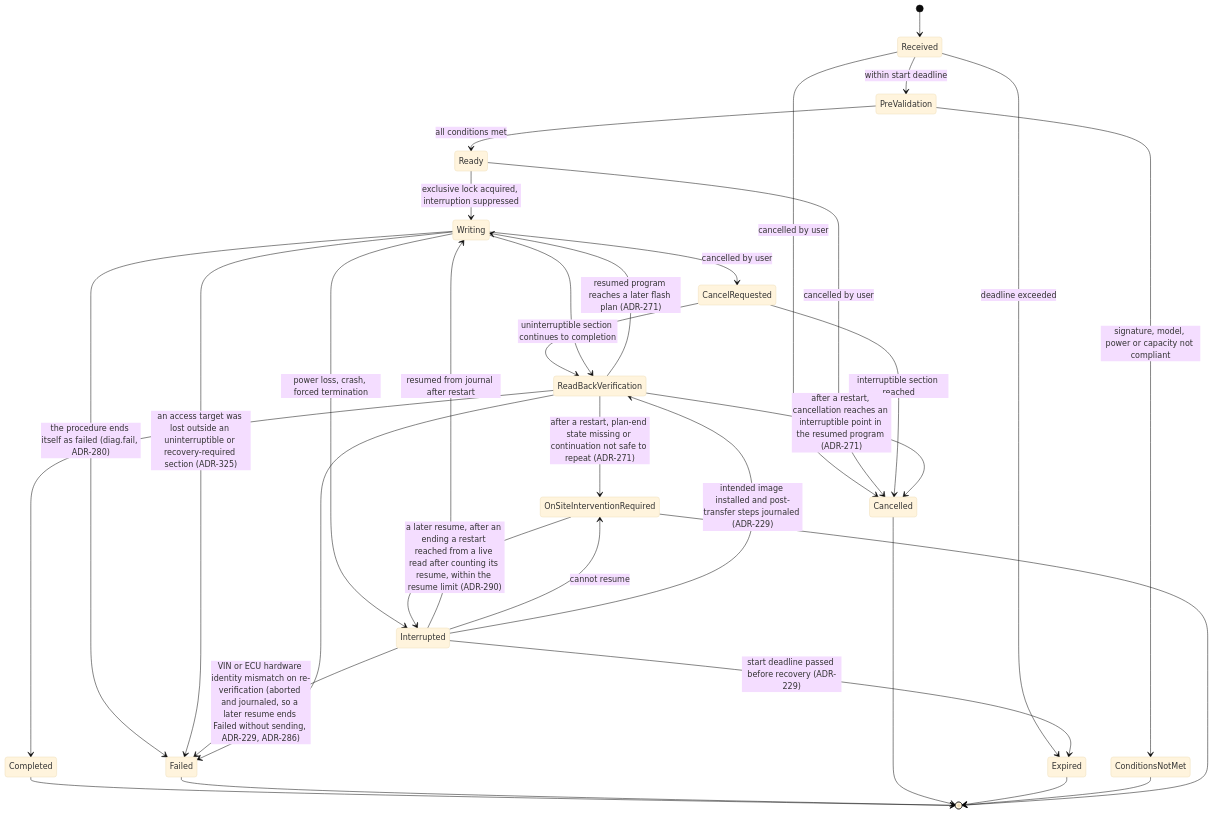
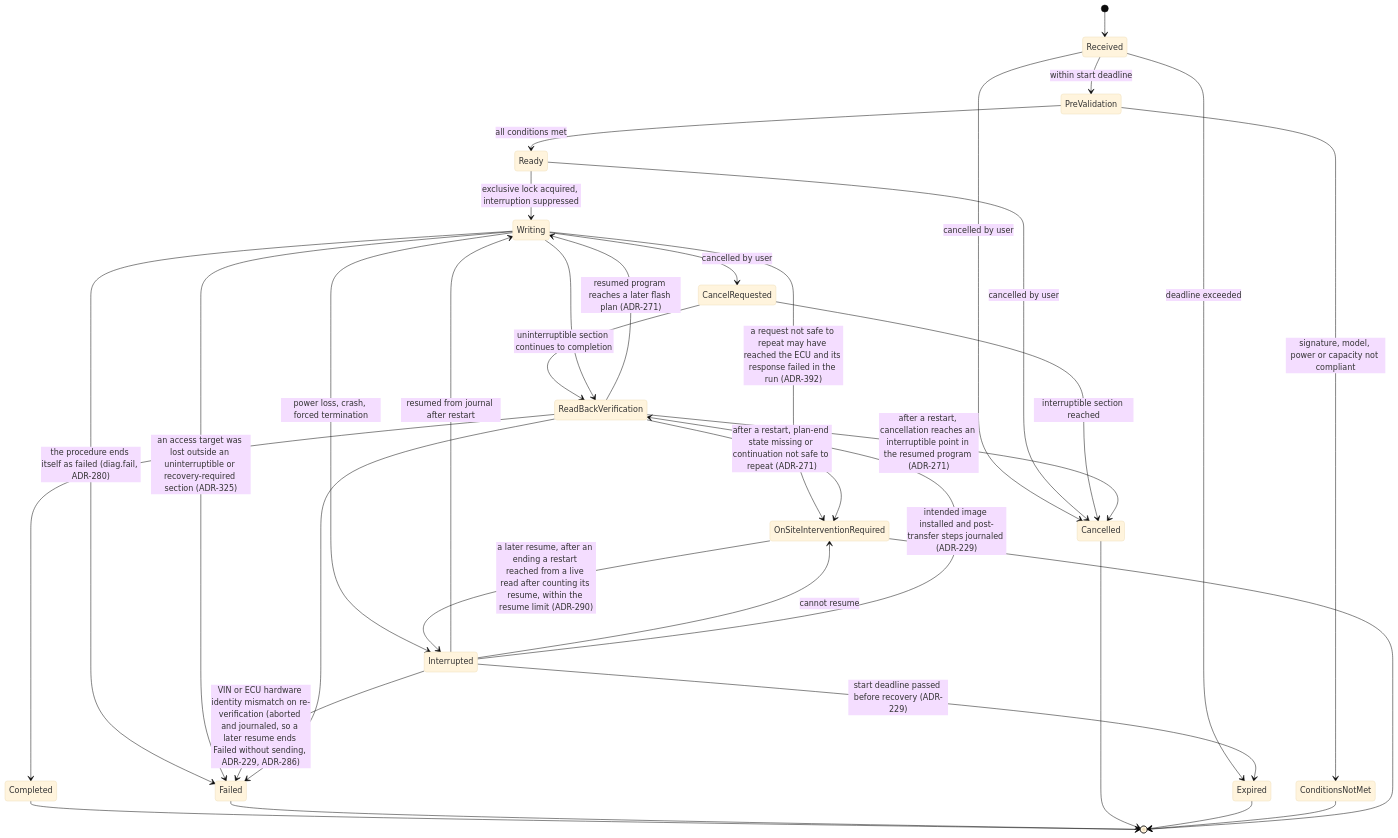
One commit to okayyoumay/nekoguruma changed the third of 6 diagrams in docs/system-architecture.md. Above: the diagram before and after it, drawn with Mermaid (base theme). The commit also changed other lines of this file and 17 other files, not shown here.

First line of the commit message:
[backlog-loop] Job runner: repeat a failed primitive by its idempotency (#415)

````diff
--- a/docs/system-architecture.md
+++ b/docs/system-architecture.md
@@ -347,35 +347,36 @@
 ```mermaid
 stateDiagram-v2
     [*] --> Received
     Received --> PreValidation: within start deadline
     Received --> Expired: deadline exceeded
     PreValidation --> ConditionsNotMet: signature, model, power or capacity not compliant
     PreValidation --> Ready: all conditions met
     Ready --> Writing: exclusive lock acquired, interruption suppressed
     Received --> Cancelled: cancelled by user
     Ready --> Cancelled: cancelled by user
     Writing --> CancelRequested: cancelled by user
     CancelRequested --> Cancelled: interruptible section reached
     CancelRequested --> ReadBackVerification: uninterruptible section continues to completion
     Writing --> ReadBackVerification
     Writing --> Failed: the procedure ends itself as failed (diag.fail, ADR-280)
     Writing --> Failed: an access target was lost outside an uninterruptible or recovery-required section (ADR-325)
     Writing --> Interrupted: power loss, crash, forced termination
+    Writing --> OnSiteInterventionRequired: a request not safe to repeat may have reached the ECU and its response failed in the run (ADR-392)
     Interrupted --> Writing: resumed from journal after restart
     Interrupted --> OnSiteInterventionRequired: cannot resume
     OnSiteInterventionRequired --> Interrupted: a later resume, after an ending a restart reached from a live read after counting its resume, within the resume limit (ADR-290)
     Interrupted --> Expired: start deadline passed before recovery (ADR-229)
     Interrupted --> ReadBackVerification: intended image installed and post-transfer steps journaled (ADR-229)
     Interrupted --> Failed: VIN or ECU hardware identity mismatch on re-verification (aborted and journaled, so a later resume ends Failed without sending, ADR-229, ADR-286)
     ReadBackVerification --> Writing: resumed program reaches a later flash plan (ADR-271)
     ReadBackVerification --> OnSiteInterventionRequired: after a restart, plan-end state missing or continuation not safe to repeat (ADR-271)
     ReadBackVerification --> Cancelled: after a restart, cancellation reaches an interruptible point in the resumed program (ADR-271)
     ReadBackVerification --> Completed
     ReadBackVerification --> Failed
     Completed --> [*]
     Failed --> [*]
     Cancelled --> [*]
     Expired --> [*]
     ConditionsNotMet --> [*]
     OnSiteInterventionRequired --> [*]
 ```
````
